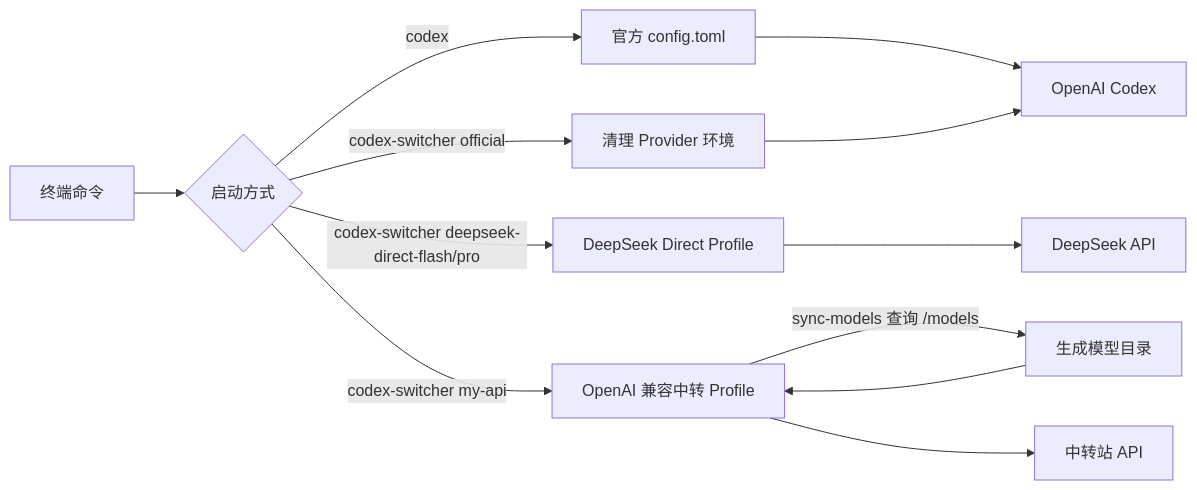
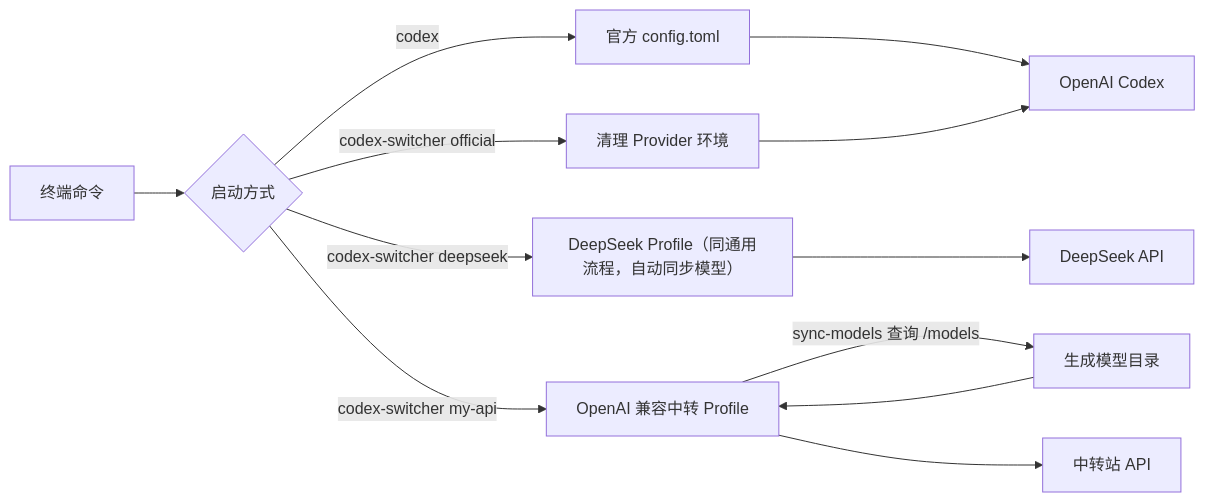
One commit to luoxihao/codex-switcher changed the diagram in README.md. Above: the diagram before and after it, drawn with Mermaid. The commit also changed other lines of this file and 5 other files, not shown here.

First line of the commit message:
refactor: 移除 deepseek-direct 专用 Profile，DeepSeek 统一走通用同步流程

````diff
--- a/README.md
+++ b/README.md
@@ -125,14 +125,14 @@
 ```mermaid
 flowchart LR
     A[终端命令] --> B{启动方式}
     B -->|codex| C[官方 config.toml]
     C --> D[OpenAI Codex]
-    B -->|codex-switcher deepseek-direct-flash/pro| E[DeepSeek Direct Profile]
+    B -->|codex-switcher deepseek| E[DeepSeek Profile（同通用流程，自动同步模型）]
     E --> H[DeepSeek API]
     B -->|codex-switcher my-api| F[OpenAI 兼容中转 Profile]
     F -->|sync-models 查询 /models| G[生成模型目录]
     G --> F
     F --> H2[中转站 API]
     B -->|codex-switcher official| I[清理 Provider 环境]
     I --> D
 ```
````
